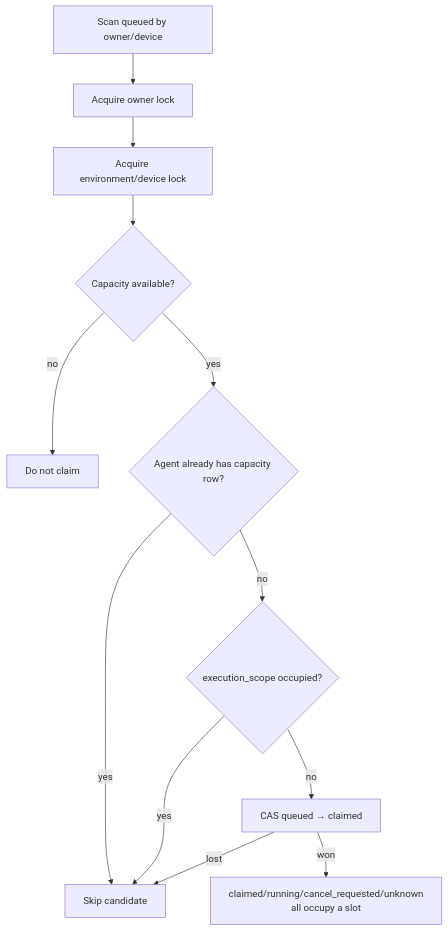
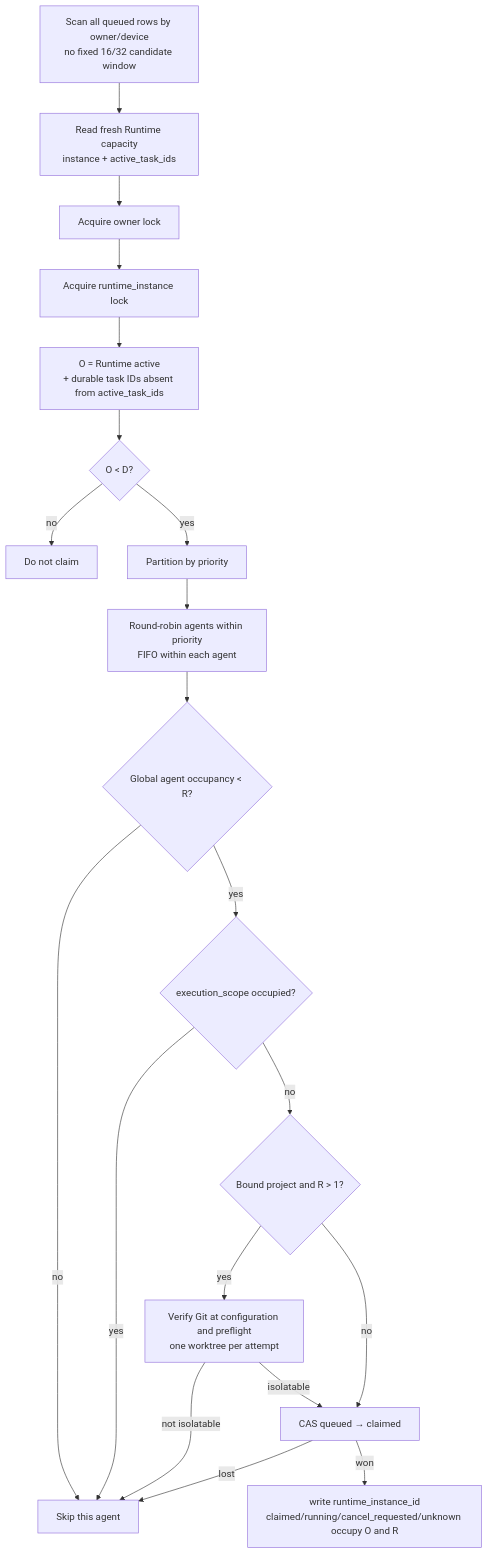
Before and after one commit to wecode-ai/Wegent: the tenth of 11 diagrams in docs/en/wework/developer-guide/wework-project-execution-state-truth-refactoring.md, drawn with Mermaid. The commit also changed other lines of this file and 53 other files, not shown here.

Commit message:
refactor(wework): unify runtime execution capacity truth

````diff
--- a/docs/en/wework/developer-guide/wework-project-execution-state-truth-refactoring.md
+++ b/docs/en/wework/developer-guide/wework-project-execution-state-truth-refactoring.md
@@ -324,14 +370,22 @@
 ```mermaid
 flowchart TD
-  SCAN["Scan queued by owner/device"] --> OL["Acquire owner lock"]
-  OL --> DL["Acquire environment/device lock"]
-  DL --> CAP{"Capacity available?"}
+  SCAN["Scan all queued rows by owner/device<br/>no fixed 16/32 candidate window"] --> OBS["Read fresh Runtime capacity<br/>instance + active_task_ids"]
+  OBS --> OL["Acquire owner lock"]
+  OL --> DL["Acquire runtime_instance lock"]
+  DL --> MERGE["O = Runtime active<br/>+ durable task IDs absent from active_task_ids"]
+  MERGE --> CAP{"O < D?"}
   CAP -->|no| END["Do not claim"]
-  CAP -->|yes| AG{"Agent already has capacity row?"}
-  AG -->|yes| NEXT["Skip candidate"]
-  AG -->|no| SP{"execution_scope occupied?"}
+  CAP -->|yes| PRI["Partition by priority"]
+  PRI --> RR["Round-robin agents within priority<br/>FIFO within each agent"]
+  RR --> AG{"Global agent occupancy < R?"}
+  AG -->|no| NEXT["Skip this agent"]
+  AG -->|yes| SP{"execution_scope occupied?"}
   SP -->|yes| NEXT
-  SP -->|no| CAS["CAS queued → claimed"]
+  SP -->|no| ISO{"Bound project and R > 1?"}
+  ISO -->|yes| GIT["Verify Git at configuration and preflight<br/>one worktree per attempt"]
+  ISO -->|no| CAS["CAS queued → claimed"]
+  GIT -->|not isolatable| NEXT
+  GIT -->|isolatable| CAS
   CAS -->|lost| NEXT
-  CAS -->|won| SLOT["claimed/running/cancel_requested/unknown<br/>all occupy a slot"]
+  CAS -->|won| SLOT["write runtime_instance_id<br/>claimed/running/cancel_requested/unknown occupy O and R"]
 ```
````
